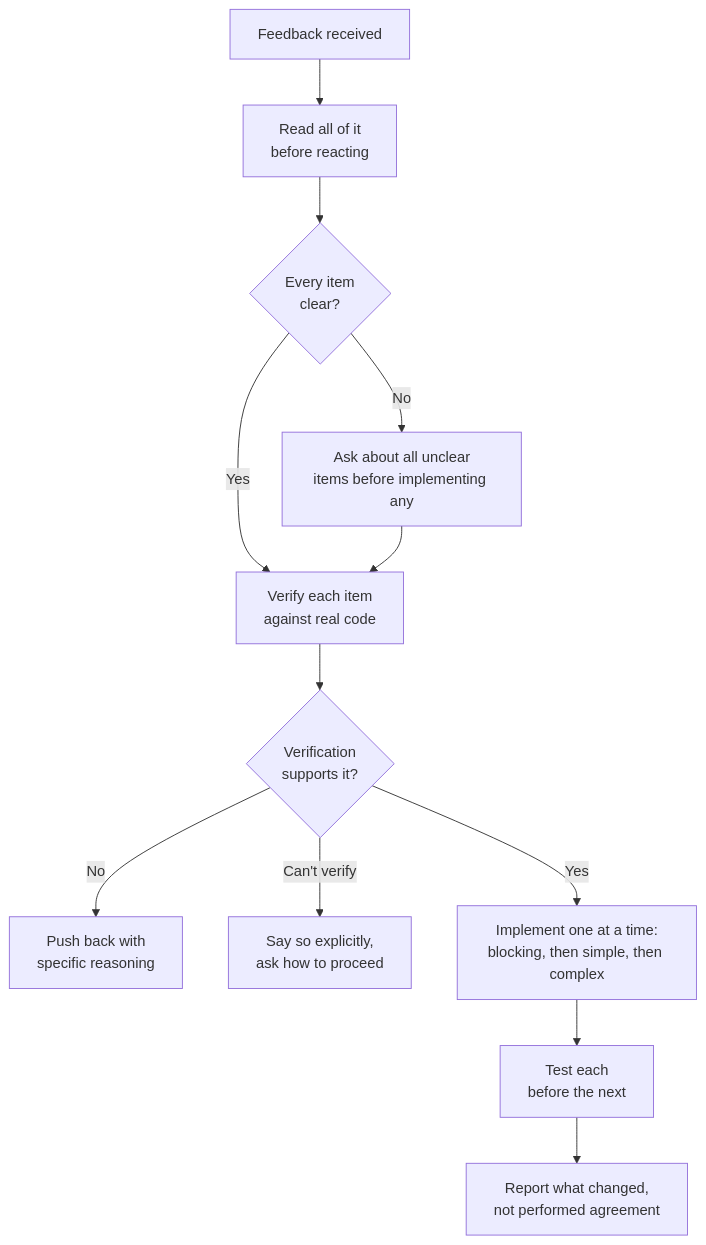
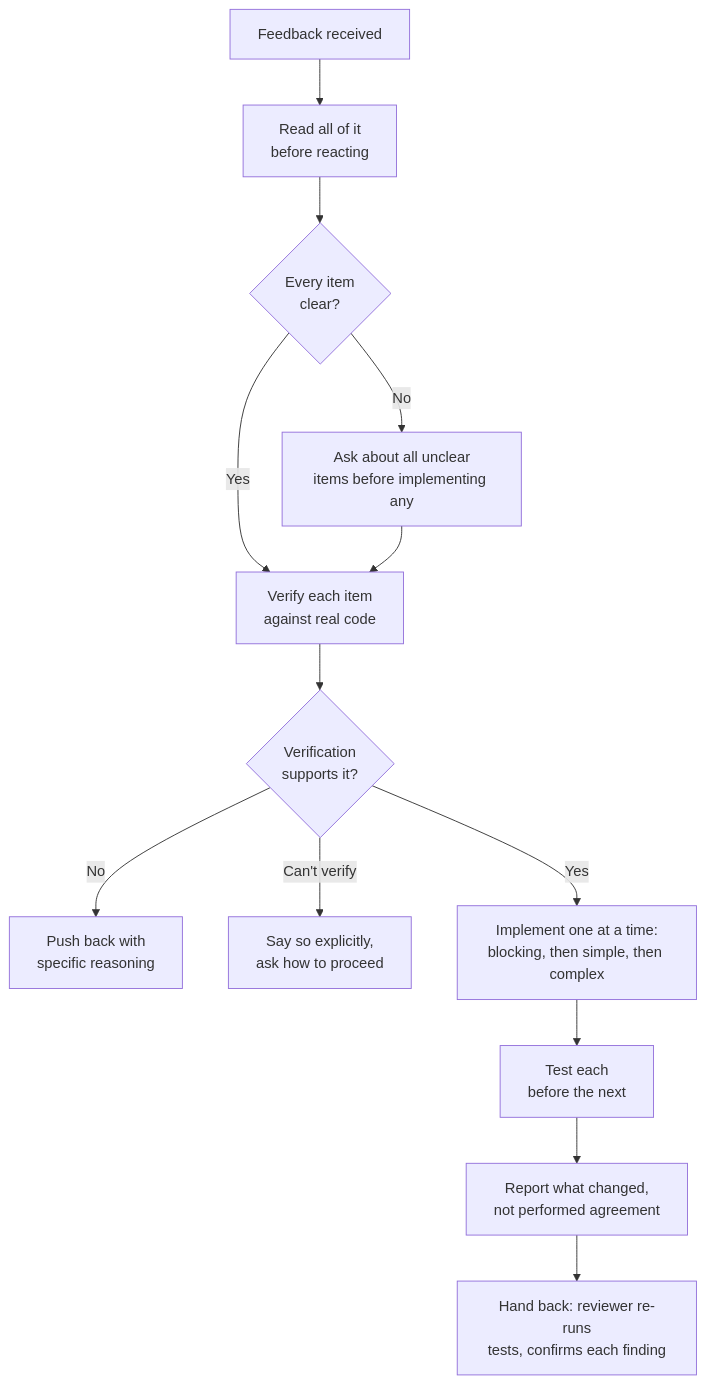
The seventh of 38 diagrams in FLOWS.md (chiragmangaldev3112/agent-playbooks), drawn with Mermaid before and after one commit. The commit also changed other lines of this file and 6 other files, not shown here.

First line of the commit message:
Sync docs for content 1.29.0: flows, examples, changelog, custom bots

````diff
--- a/FLOWS.md
+++ b/FLOWS.md
@@ -110,14 +112,15 @@
 ```mermaid
 flowchart TD
     A[Feedback received] --> B[Read all of it\nbefore reacting]
     B --> C{Every item\nclear?}
     C -->|No| D[Ask about all unclear\nitems before implementing any]
     C -->|Yes| E[Verify each item\nagainst real code]
     D --> E
     E --> F{Verification\nsupports it?}
     F -->|No| G[Push back with\nspecific reasoning]
     F -->|Can't verify| H[Say so explicitly,\nask how to proceed]
     F -->|Yes| I[Implement one at a time:\nblocking, then simple, then complex]
     I --> J[Test each\nbefore the next]
     J --> K[Report what changed,\nnot performed agreement]
+    K --> V[Hand back: reviewer re-runs\ntests, confirms each finding]
 ```
````
